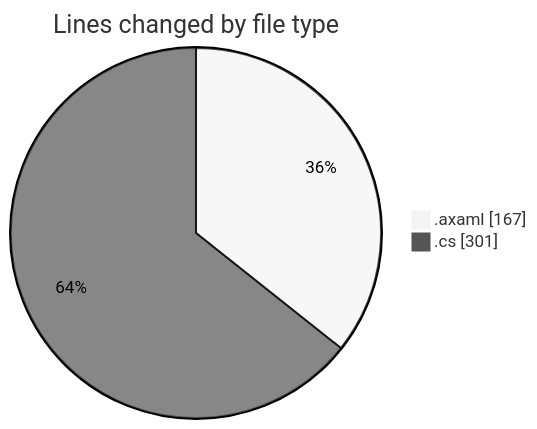
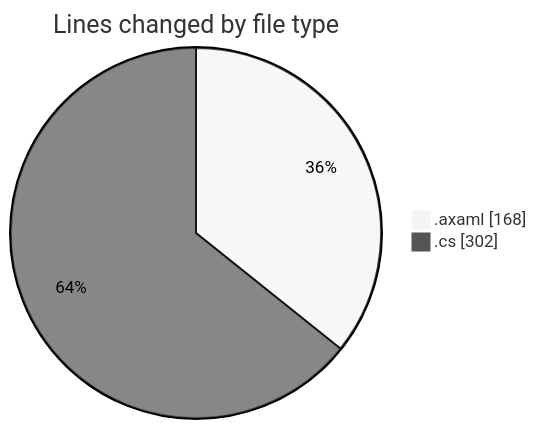
Before and after one commit to Netris89/code-tracking: the first of 2 diagrams in 2025-10-30/skintrack/README.md, drawn with Mermaid (neutral theme). The commit also changed other lines of this file and 1 other file, not shown here.

````diff
--- a/2025-10-30/skintrack/README.md
+++ b/2025-10-30/skintrack/README.md
@@ -27,6 +27,6 @@
 ```mermaid
 pie showData
 title Lines changed by file type
-".axaml" : 167
-".cs" : 301
+".axaml" : 168
+".cs" : 302
 ```
````
